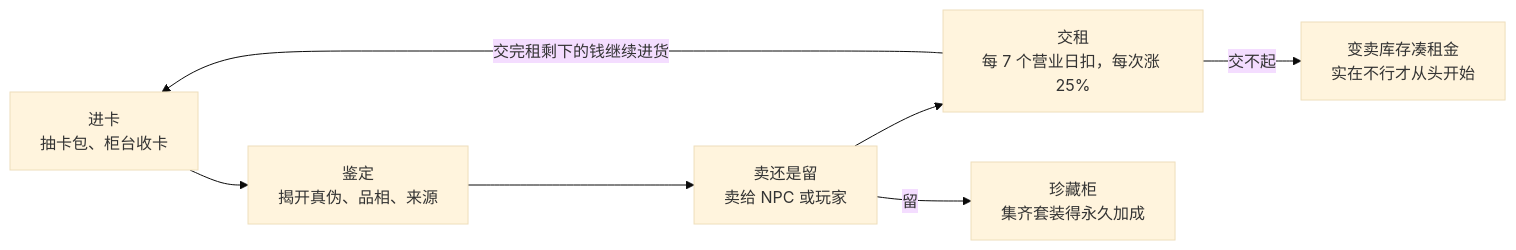
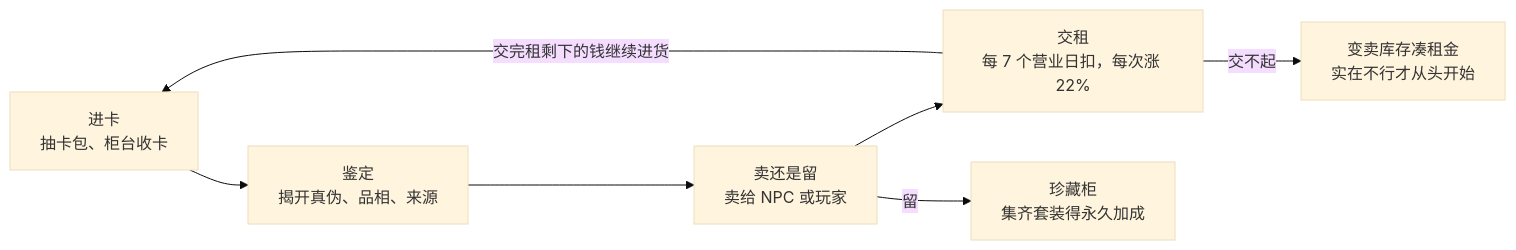
Before and after one commit to JoeyChen-exploration/kanu: the diagram in docs/DESIGN.md, drawn with Mermaid (base theme). The commit also changed other lines of this file and 6 other files, not shown here.

````diff
--- a/docs/DESIGN.md
+++ b/docs/DESIGN.md
@@ -29,9 +29,9 @@
 ```mermaid
 flowchart LR
     A[进卡<br/>抽卡包、柜台收卡] --> B[鉴定<br/>揭开真伪、品相、来源]
     B --> C[卖还是留<br/>卖给 NPC 或玩家]
-    C --> D[交租<br/>每 7 个营业日扣，每次涨 25%]
+    C --> D[交租<br/>每 7 个营业日扣，每次涨 22%]
     D -- 交完租剩下的钱继续进货 --> A
     C -- 留 --> E[珍藏柜<br/>集齐套装得永久加成]
     D -- 交不起 --> F[变卖库存凑租金<br/>实在不行才从头开始]
 ```
````
